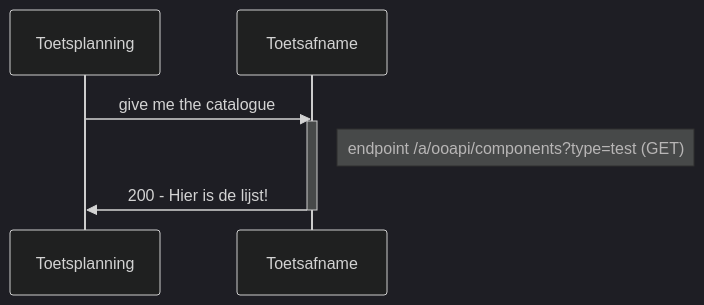
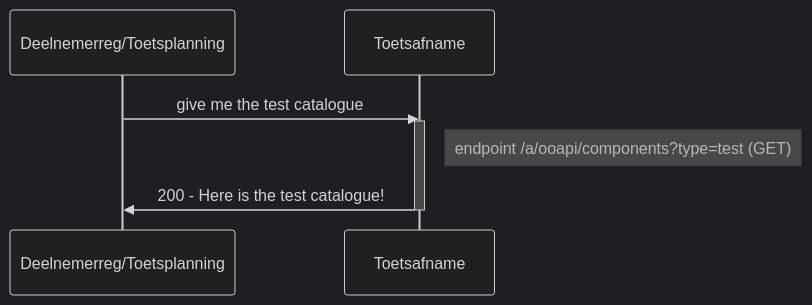
The first of 2 diagrams in doc/diagrams/flow0.md (NetwerkExamineringDigitalisering/NED-OOAPI), drawn with Mermaid (dark theme) before and after one commit.

Commit message:
Deelnemerreg toegevoegd

````diff
--- a/doc/diagrams/flow0.md
+++ b/doc/diagrams/flow0.md
@@ -6,8 +6,10 @@
 ```mermaid
 sequenceDiagram
-    Toetsplanning->>Toetsafname: give me the catalogue
-    activate Toetsafname
-    Note right of Toetsafname: endpoint /a/ooapi/components?type=test (GET)
-    Toetsafname->>Toetsplanning: 200 - Hier is de lijst!
-    deactivate Toetsafname
+    participant DR/TP as Deelnemerreg/Toetsplanning
+    participant TA as Toetsafname
+    DR/TP->>TA: give me the test catalogue
+    activate TA
+    Note right of TA: endpoint /a/ooapi/components?type=test (GET)
+    TA->>DR/TP: 200 - Here is the test catalogue!
+    deactivate TA
 ```
````
